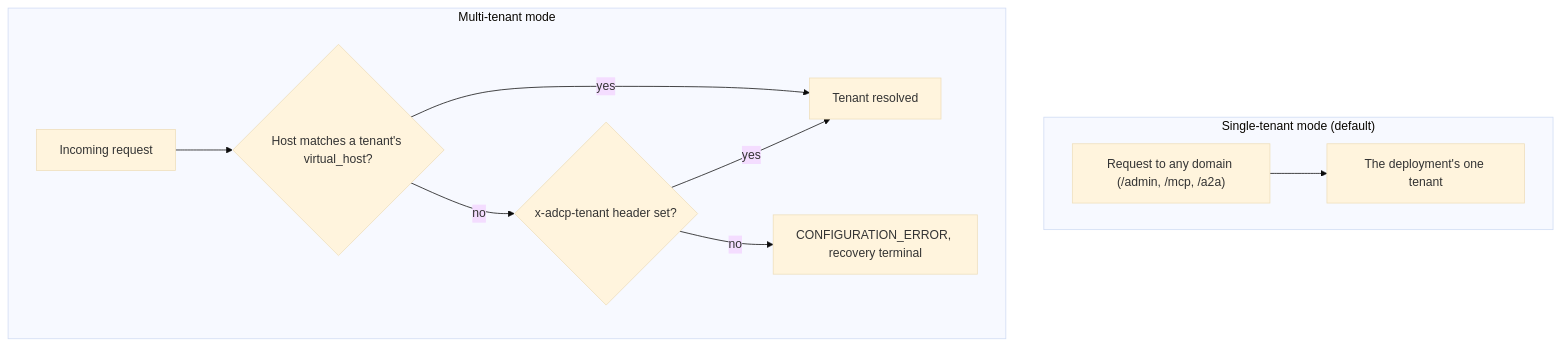
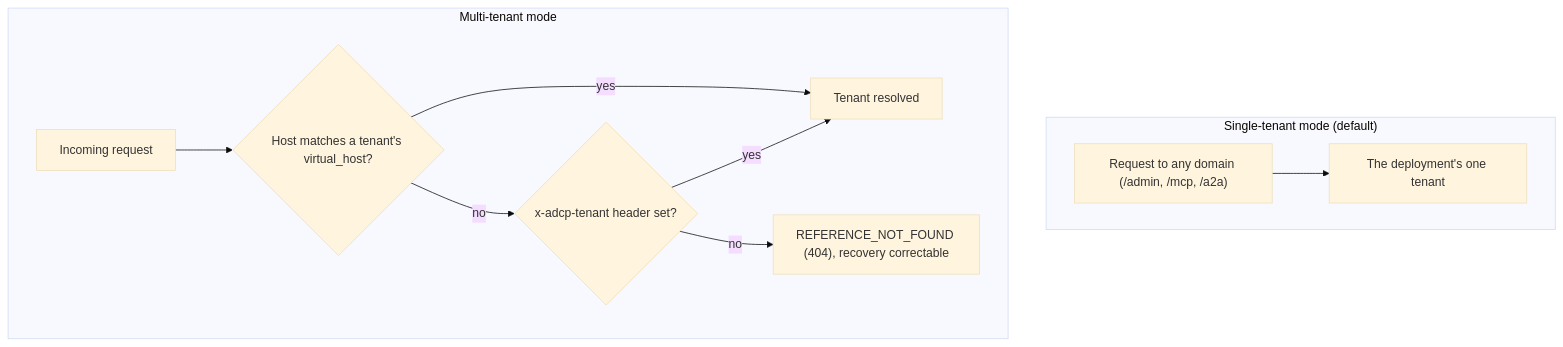
The diagram in docs/deployment/multi-tenant.md (KonstantinMirin/prebid-salesagent), drawn with Mermaid (base theme) before and after one commit. The commit also changed other lines of this file and 22 other files, not shown here.

First line of the commit message:
fix: answer a host no tenant declares with REFERENCE_NOT_FOUND, not a 500

````diff
--- a/docs/deployment/multi-tenant.md
+++ b/docs/deployment/multi-tenant.md
@@ -29,14 +29,14 @@
 ```mermaid
 flowchart TD
     subgraph Single["Single-tenant mode (default)"]
         SReq["Request to any domain (/admin, /mcp, /a2a)"] --> STen["The deployment's one tenant"]
     end
 
     subgraph Multi["Multi-tenant mode"]
         MReq["Incoming request"] --> VH{"Host matches a tenant's virtual_host?"}
         VH -- yes --> Ten["Tenant resolved"]
         VH -- no --> XH{"x-adcp-tenant header set?"}
         XH -- yes --> Ten
-        XH -- no --> Err["CONFIGURATION_ERROR, recovery terminal"]
+        XH -- no --> Err["REFERENCE_NOT_FOUND (404), recovery correctable"]
     end
 ```
````
